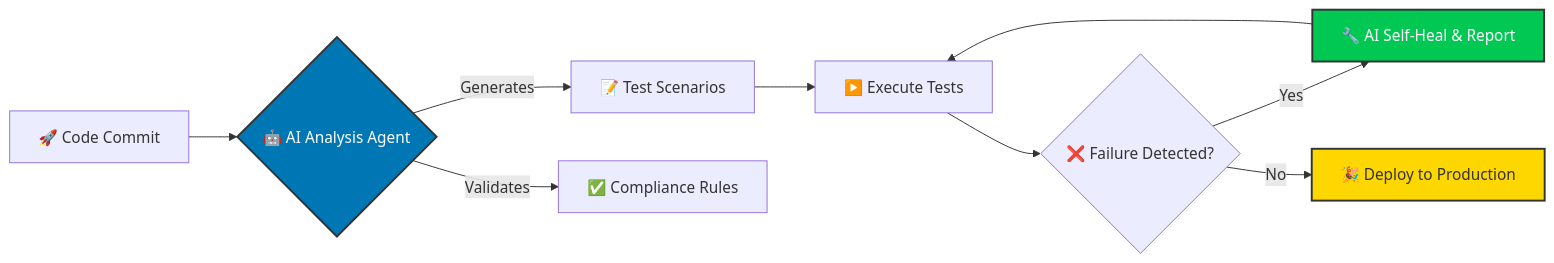
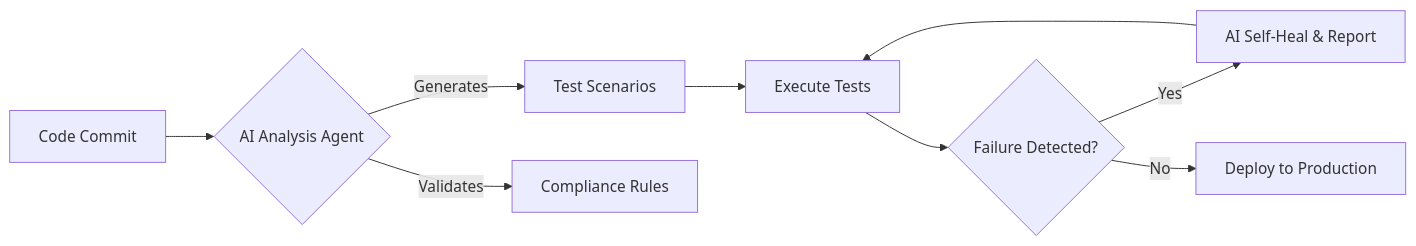
Before and after one commit to darshil0/darshil0: the diagram in README.md, drawn with Mermaid. The commit also changed other lines of this file, not shown here.

````diff
--- a/README.md
+++ b/README.md
@@ -39,15 +50,12 @@
 ```mermaid
 graph LR
-    A[🚀 Code Commit] --> B{🤖 AI Analysis Agent}
-    B -->|Generates| C[📝 Test Scenarios]
-    B -->|Validates| D[✅ Compliance Rules]
-    C --> E[▶️ Execute Tests]
-    E --> F{❌ Failure Detected?}
-    F -->|Yes| G[🔧 AI Self-Heal & Report]
+    A[Code Commit] --> B{AI Analysis Agent}
+    B -->|Generates| C[Test Scenarios]
+    B -->|Validates| D[Compliance Rules]
+    C --> E[Execute Tests]
+    E --> F{Failure Detected?}
+    F -->|Yes| G[AI Self-Heal & Report]
     G --> E
-    F -->|No| H[🎉 Deploy to Production]
-        
-    style B fill:#0077B5,stroke:#333,stroke-width:2px,color:#fff
-    style G fill:#00C853,stroke:#333,stroke-width:2px,color:#fff
-    style H fill:#FFD700,stroke:#333,stroke-width:2px,color:#333
+    F -->|No| H[Deploy to Production]
+
 ```
````
